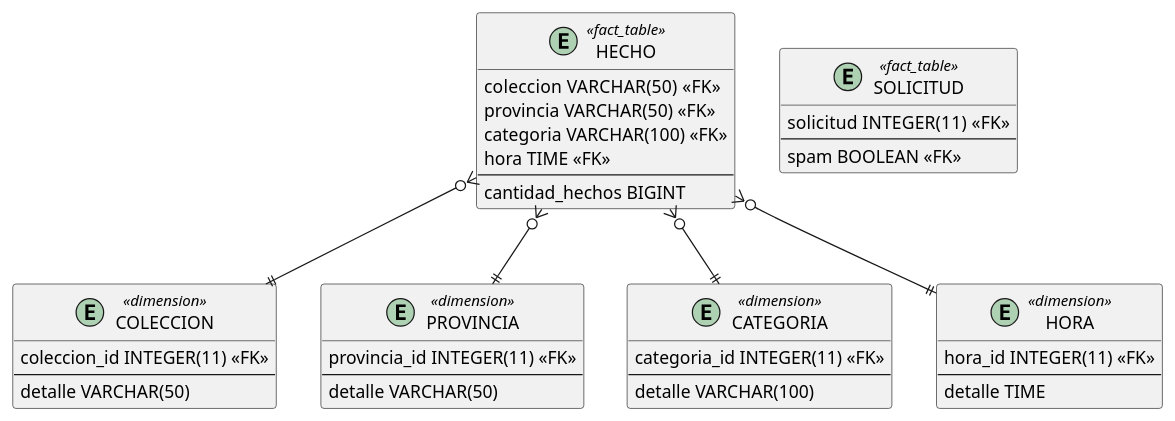
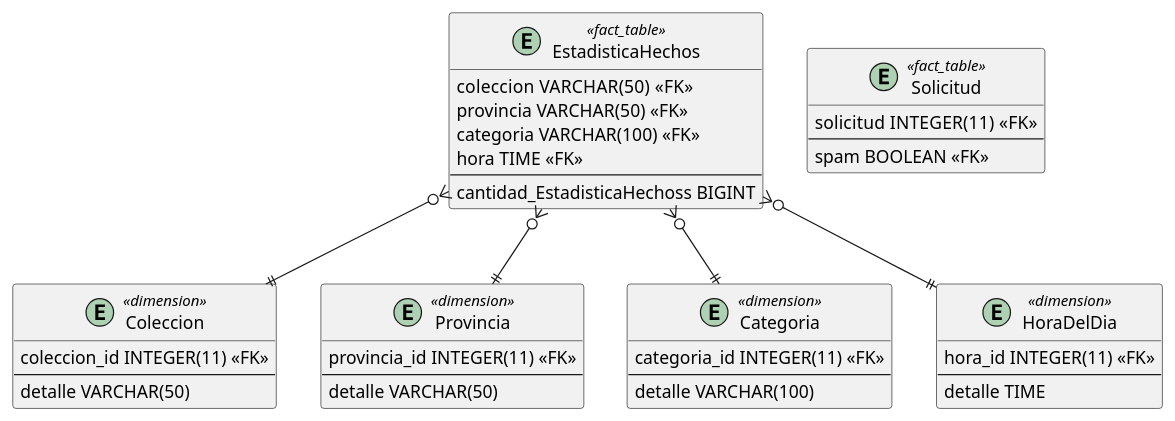
The diagram in servicioEstadisticas/public/DER_BI.puml (BrunoRodriguezzz/tp-dsi), drawn with PlantUML before and after one commit. The commit also changed 7 other files, not shown here.

```diff
--- a/servicioEstadisticas/public/DER_BI.puml
+++ b/servicioEstadisticas/public/DER_BI.puml
@@ -1,49 +1,49 @@
 @startuml
 
-entity HECHO <<fact_table>> {
+entity EstadisticaHechos <<fact_table>> {
     coleccion VARCHAR(50)  <<FK>>
     provincia VARCHAR(50) <<FK>>
     categoria VARCHAR(100) <<FK>>
     hora TIME <<FK>>
     --
-    cantidad_hechos BIGINT
+    cantidad_EstadisticaHechoss BIGINT
 }
 
-entity COLECCION <<dimension>> {
+entity Coleccion <<dimension>> {
     coleccion_id INTEGER(11) <<FK>>
     --
     detalle VARCHAR(50)
 }
 
-entity PROVINCIA <<dimension>> {
+entity Provincia <<dimension>> {
     provincia_id INTEGER(11) <<FK>>
     --
     detalle VARCHAR(50)
 }
 
-entity CATEGORIA <<dimension>> {
+entity Categoria <<dimension>> {
     categoria_id INTEGER(11) <<FK>>
     --
     detalle VARCHAR(100)
 }
 
-entity HORA <<dimension>> {
+entity HoraDelDia <<dimension>> {
     hora_id INTEGER(11) <<FK>>
     --
     detalle TIME
 }
 
-entity SOLICITUD<<fact_table>> {
+entity Solicitud<<fact_table>> {
     solicitud INTEGER(11)  <<FK>>
     --
     spam BOOLEAN <<FK>>
 }
 
-HECHO }o--|| COLECCION
-HECHO }o--|| PROVINCIA
-HECHO }o--|| CATEGORIA
-HECHO }o--|| HORA
+EstadisticaHechos }o--|| Coleccion
+EstadisticaHechos }o--|| Provincia
+EstadisticaHechos }o--|| Categoria
+EstadisticaHechos }o--|| HoraDelDia
 
 
 
 @enduml
```
